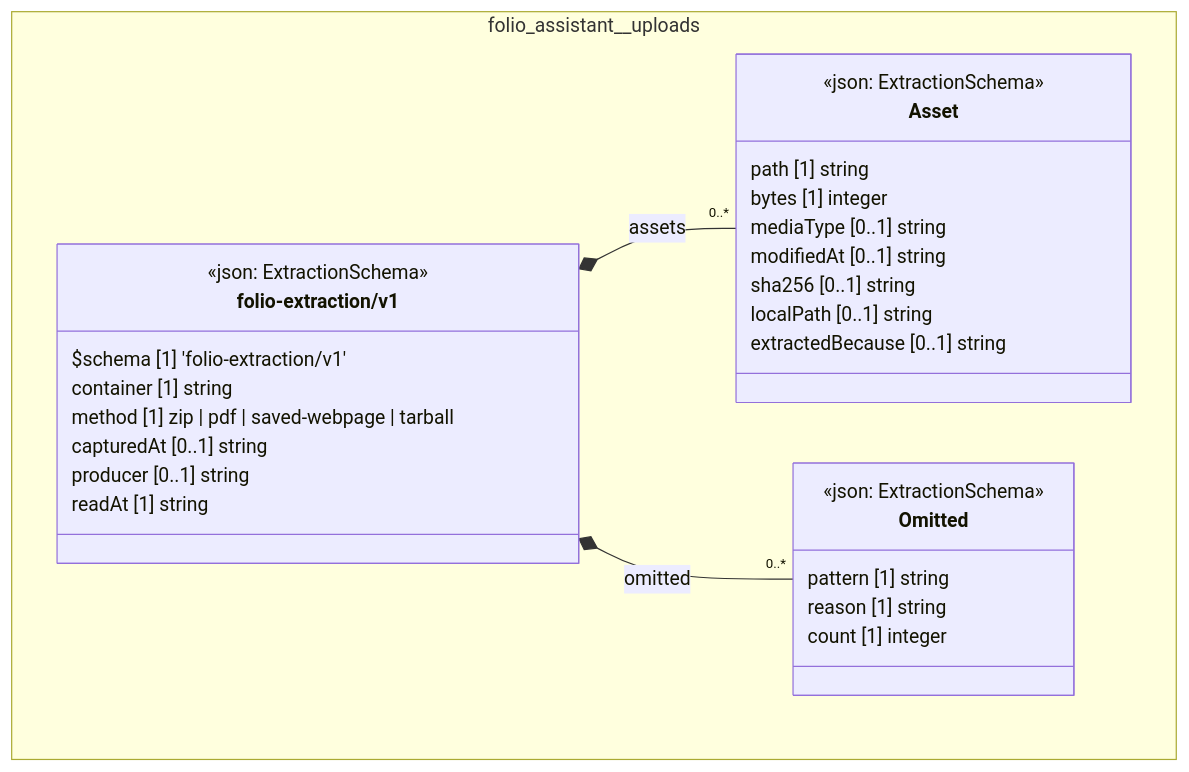
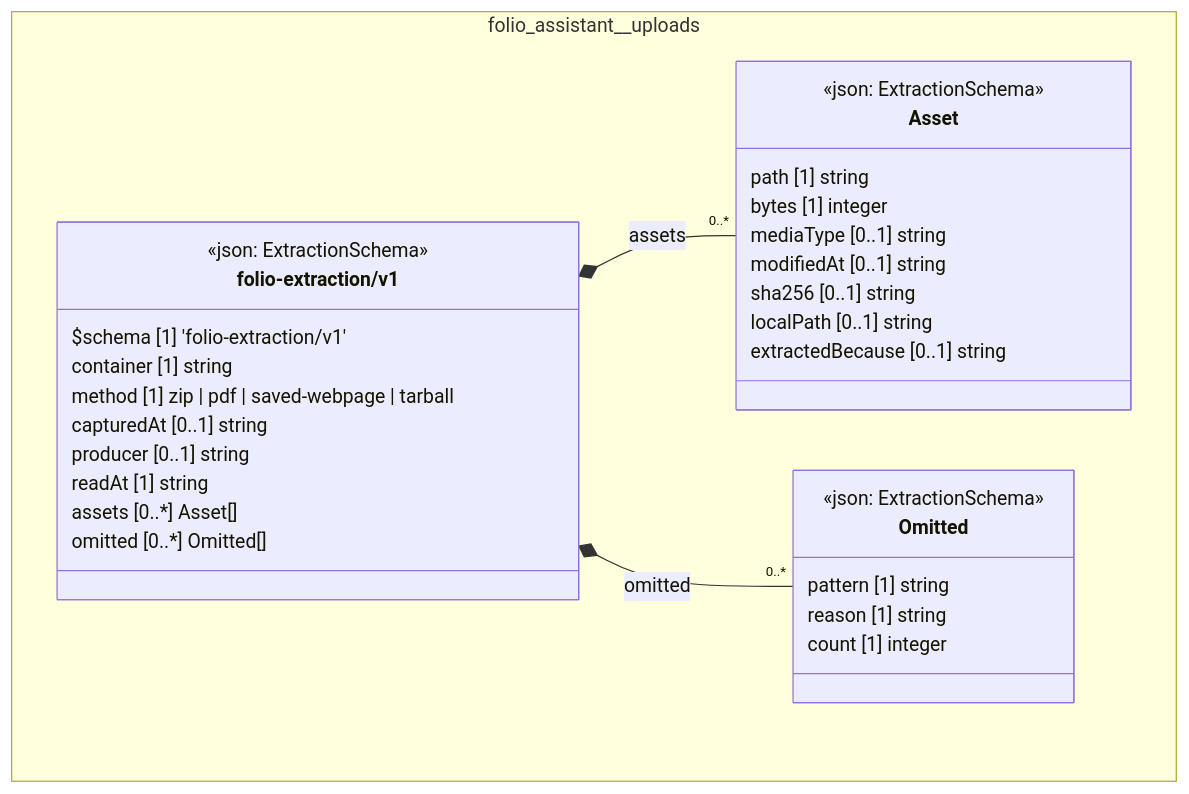
The diagram in cat-harness/docs/uml/overview/folio-assistant.md (litlfred/folio-assistant), drawn with Mermaid before and after one commit. The commit also changed 181 other files, not shown here.

First line of the commit message:
UML: full object model on the overview page; no empty class boxes

````diff
--- a/cat-harness/docs/uml/overview/folio-assistant.md
+++ b/cat-harness/docs/uml/overview/folio-assistant.md
@@ -29,36 +29,38 @@
 ```mermaid
 classDiagram
   direction TB
   namespace folio_assistant__uploads {
     class folio_assistant_uploads_folio_extraction_v1_Asset["Asset"] {
       <<json: ExtractionSchema>>
       path [1] string
       bytes [1] integer
       mediaType [0..1] string
       modifiedAt [0..1] string
       sha256 [0..1] string
       localPath [0..1] string
       extractedBecause [0..1] string
     }
     class folio_assistant_uploads_folio_extraction_v1_Omitted["Omitted"] {
       <<json: ExtractionSchema>>
       pattern [1] string
       reason [1] string
       count [1] integer
     }
     class folio_assistant_uploads_folio_extraction_v1_folio_extraction_v1["folio-extraction/v1"] {
       <<json: ExtractionSchema>>
       $schema [1] 'folio-extraction/v1'
       container [1] string
       method [1] zip | pdf | saved-webpage | tarball
       capturedAt [0..1] string
       producer [0..1] string
       readAt [1] string
+      assets [0..*] Asset[]
+      omitted [0..*] Omitted[]
     }
   }
   folio_assistant_uploads_folio_extraction_v1_folio_extraction_v1 *-- "0..*" folio_assistant_uploads_folio_extraction_v1_Asset : assets
   folio_assistant_uploads_folio_extraction_v1_folio_extraction_v1 *-- "0..*" folio_assistant_uploads_folio_extraction_v1_Omitted : omitted
   cssClass "folio_assistant_uploads_folio_extraction_v1_Asset" fa_uml_kind_uploads
   cssClass "folio_assistant_uploads_folio_extraction_v1_Omitted" fa_uml_kind_uploads
   cssClass "folio_assistant_uploads_folio_extraction_v1_folio_extraction_v1" fa_uml_kind_uploads
 ```
````
